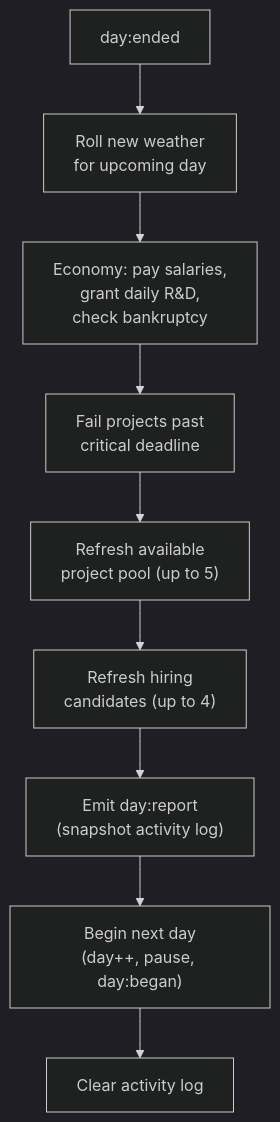
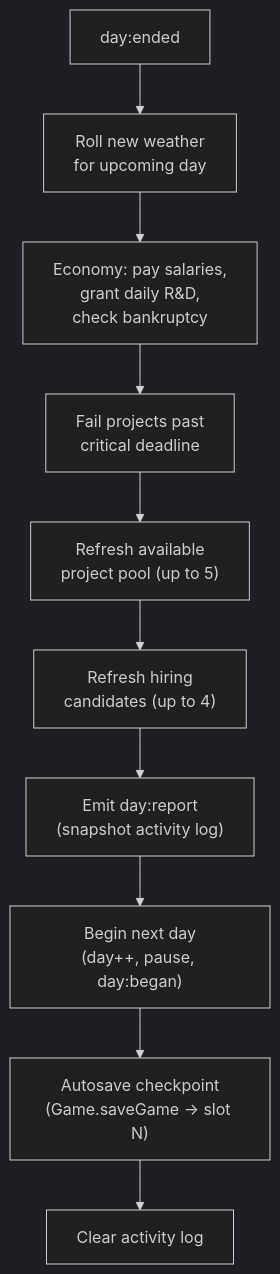
The fourth of 4 diagrams in docs/game-loop.md (dan-adrian-robert/software-empire-pixi), drawn with Mermaid (dark theme) before and after one commit. The commit also changed other lines of this file and 5 other files, not shown here.

````diff
--- a/docs/game-loop.md
+++ b/docs/game-loop.md
@@ -187,11 +187,12 @@
 ```mermaid
 flowchart TD
   A["day:ended"] --> B["Roll new weather\nfor upcoming day"]
   B --> C["Economy: pay salaries,\ngrant daily R&D,\ncheck bankruptcy"]
   C --> D["Fail projects past\ncritical deadline"]
   D --> E["Refresh available\nproject pool (up to 5)"]
   E --> F["Refresh hiring\ncandidates (up to 4)"]
   F --> G["Emit day:report\n(snapshot activity log)"]
   G --> H["Begin next day\n(day++, pause, day:began)"]
-  H --> I["Clear activity log"]
+  H --> I["Autosave checkpoint\n(Game.saveGame → slot N)"]
+  I --> J["Clear activity log"]
 ```
````
